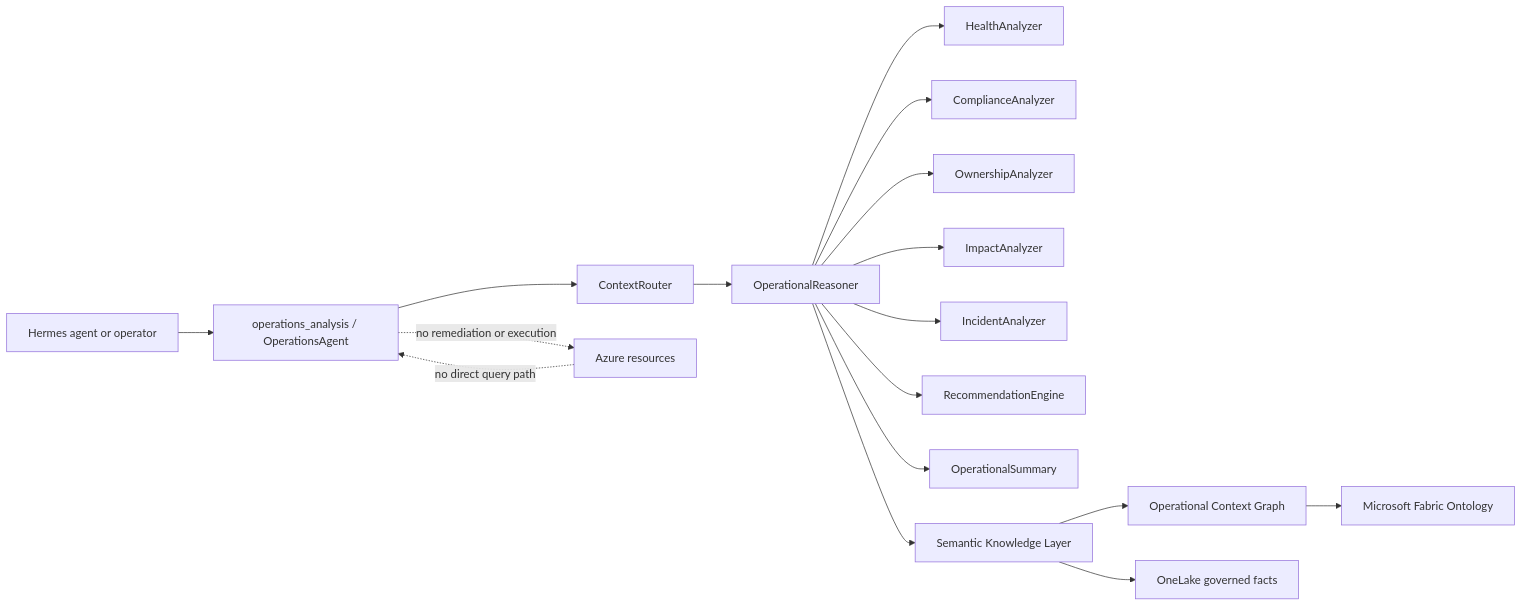
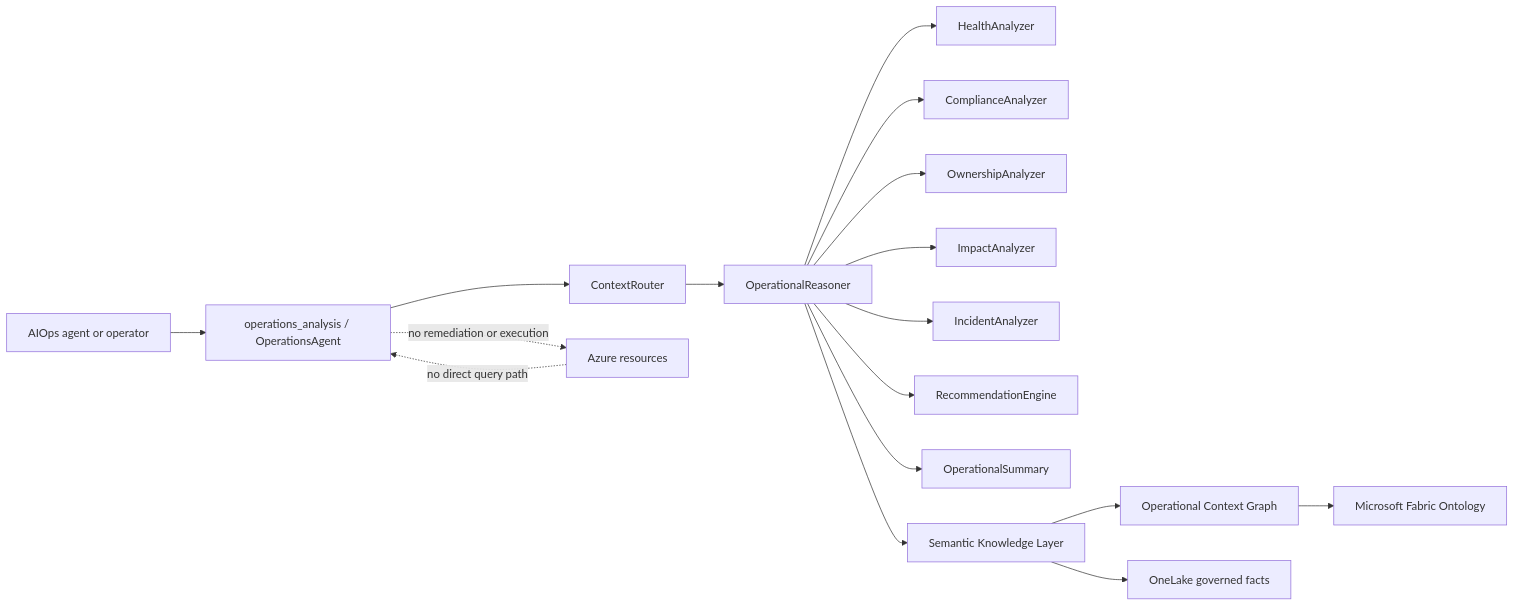
Before and after one commit to jasonpanggit/azure-aiops: the first of 3 diagrams in docs/operations-agent-architecture.md, drawn with Mermaid. The commit also changed other lines of this file and 493 other files, not shown here.

First line of the commit message:
refactor: rename Hermes to AIOps across the codebase

````diff
--- a/docs/operations-agent-architecture.md
+++ b/docs/operations-agent-architecture.md
@@ -17,19 +17,19 @@
 ```mermaid
 flowchart LR
-    U[Hermes agent or operator] --> OA[operations_analysis / OperationsAgent]
+    U[AIOps agent or operator] --> OA[operations_analysis / OperationsAgent]
     OA --> CR[ContextRouter]
     CR --> OR[OperationalReasoner]
     OR --> HA[HealthAnalyzer]
     OR --> CA[ComplianceAnalyzer]
     OR --> OWA[OwnershipAnalyzer]
     OR --> IA[ImpactAnalyzer]
     OR --> INA[IncidentAnalyzer]
     OR --> RE[RecommendationEngine]
     OR --> SG[OperationalSummary]
     OR --> SKL[Semantic Knowledge Layer]
     SKL --> OCG[Operational Context Graph]
     OCG --> FO[Microsoft Fabric Ontology]
     SKL --> OL[OneLake governed facts]
     AZ[Azure resources] -. no direct query path .-> OA
     OA -. no remediation or execution .-> AZ
 ```
````
